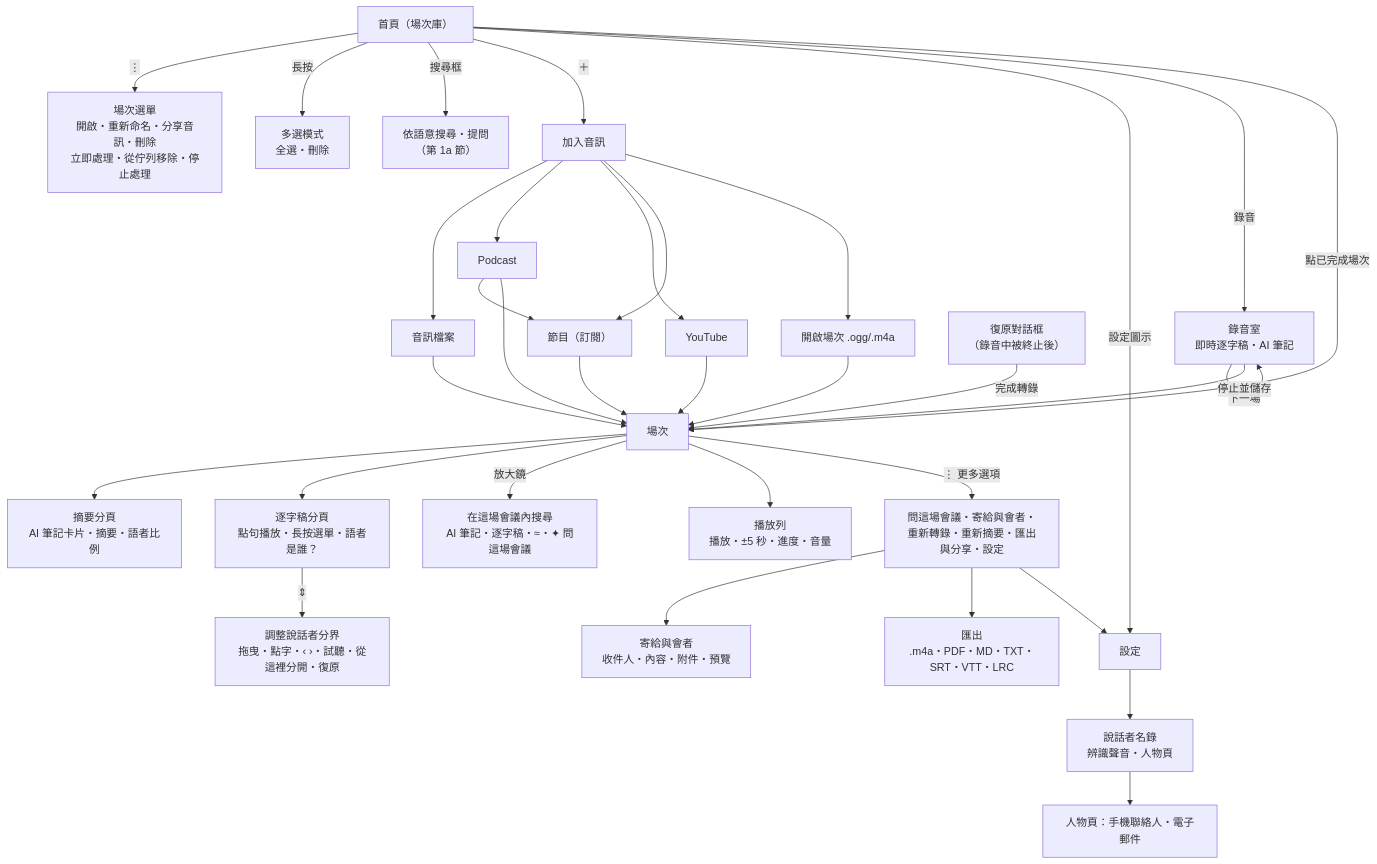
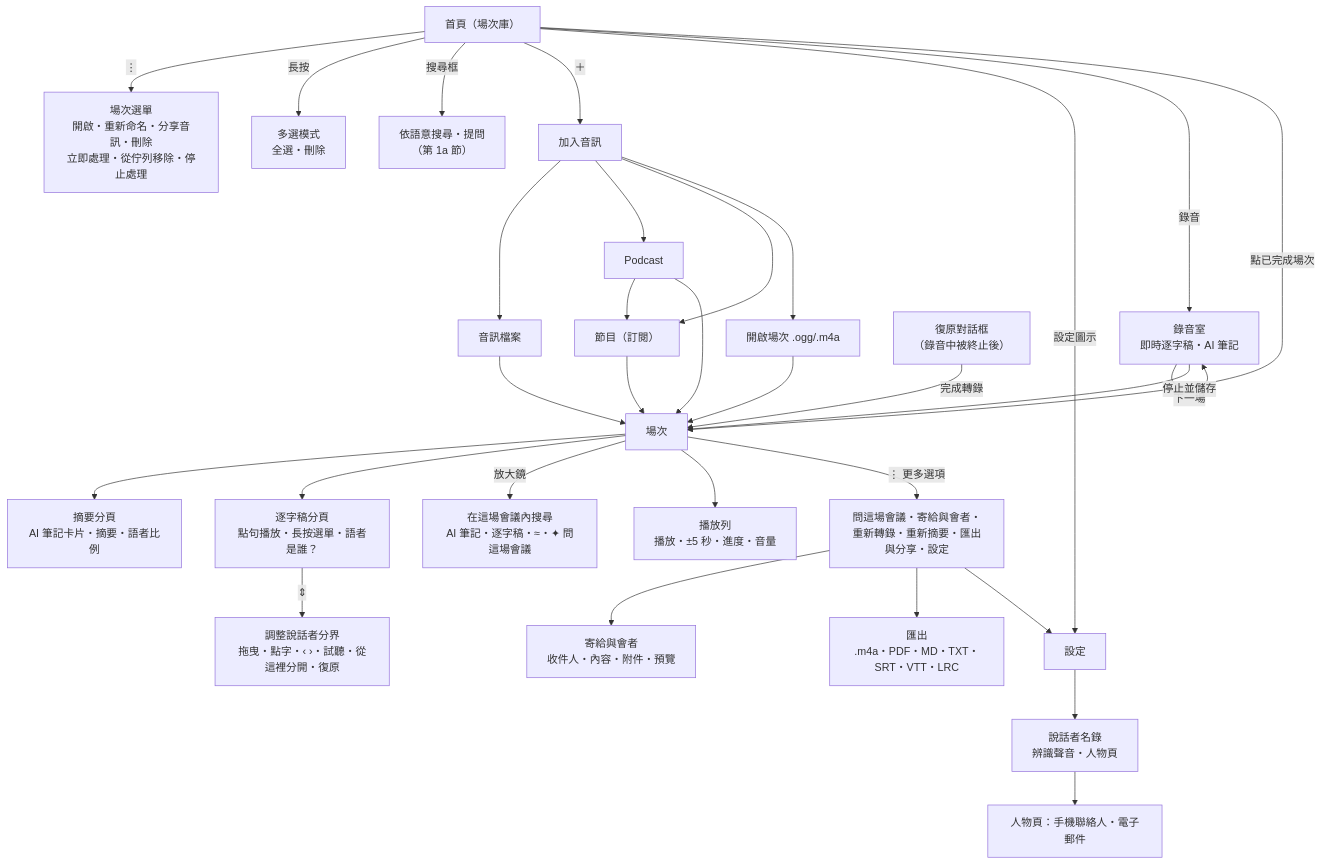
The diagram in docs/USER_GUIDE.md (vieenrose/PrimeMinutes), drawn with Mermaid before and after one commit. The commit also changed other lines of this file and 35 other files, not shown here.

First line of the commit message:
android: remove YouTube and PeerTube import; online-import notice, text-only sharing, licenses

````diff
--- a/docs/USER_GUIDE.md
+++ b/docs/USER_GUIDE.md
@@ -12,36 +12,34 @@
 ```mermaid
 flowchart TD
     Home["首頁（場次庫）"]
     Home -->|"⋮"| RowMenu["場次選單<br/>開啟・重新命名・分享音訊・刪除<br/>立即處理・從佇列移除・停止處理"]
     Home -->|長按| Select["多選模式<br/>全選・刪除"]
     Home -->|搜尋框| Search["依語意搜尋・提問<br/>（第 1a 節）"]
     Home -->|＋| Add["加入音訊"]
     Add --> File["音訊檔案"]
     Add --> Podcast["Podcast"]
-    Add --> YouTube["YouTube"]
     Add --> Shows["節目（訂閱）"]
     Podcast --> Shows
     Add --> Open["開啟場次 .ogg/.m4a"]
     Home -->|設定圖示| Settings["設定"]
     Home -->|錄音| Booth["錄音室<br/>即時逐字稿・AI 筆記"]
     Booth -->|下一場| Booth
     Booth -->|停止並儲存| Session
     Home -->|點已完成場次| Session["場次"]
     File --> Session
     Podcast --> Session
-    YouTube --> Session
     Shows --> Session
     Open --> Session
     Session --> Summary["摘要分頁<br/>AI 筆記卡片・摘要・語者比例"]
     Settings --> People["說話者名錄<br/>辨識聲音・人物頁"]
     People --> Contact["人物頁：手機聯絡人・電子郵件"]
     Session --> Transcript["逐字稿分頁<br/>點句播放・長按選單・語者是誰？"]
     Session -->|"放大鏡"| InSearch["在這場會議內搜尋<br/>AI 筆記・逐字稿・≈・✦ 問這場會議"]
     Transcript -->|"⇕"| Boundary["調整說話者分界<br/>拖曳・點字・‹ ›・試聽・從這裡分開・復原"]
     Session --> Player["播放列<br/>播放・±5 秒・進度・音量"]
     Session -->|"⋮ 更多選項"| More["問這場會議・寄給與會者・重新轉錄・重新摘要・匯出與分享・設定"]
     More --> Mail["寄給與會者<br/>收件人・內容・附件・預覽"]
     More --> Export["匯出<br/>.m4a・PDF・MD・TXT・SRT・VTT・LRC"]
     More --> Settings
     Recovery["復原對話框<br/>（錄音中被終止後）"] -->|完成轉錄| Session
 ```
````
